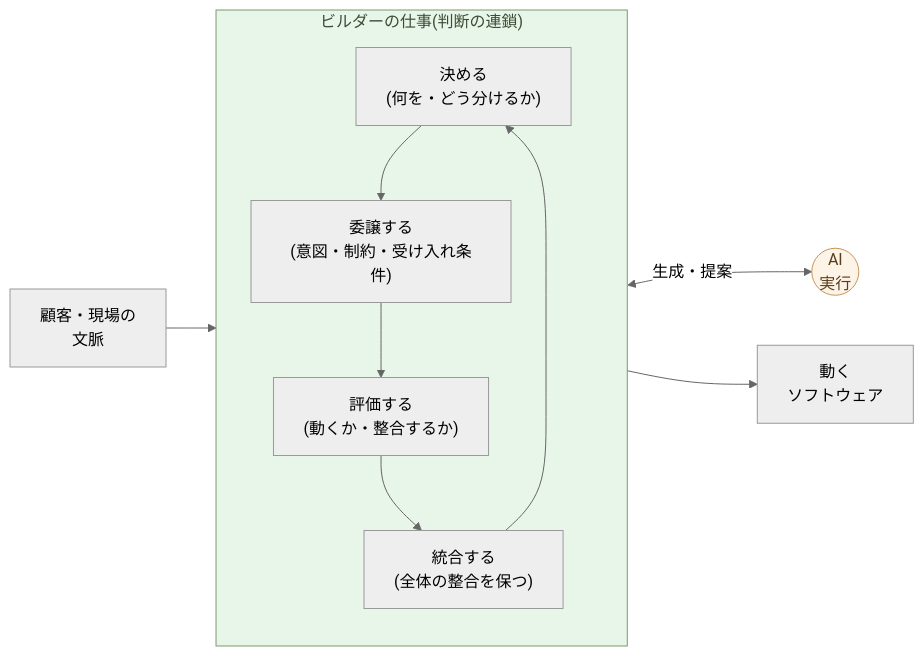
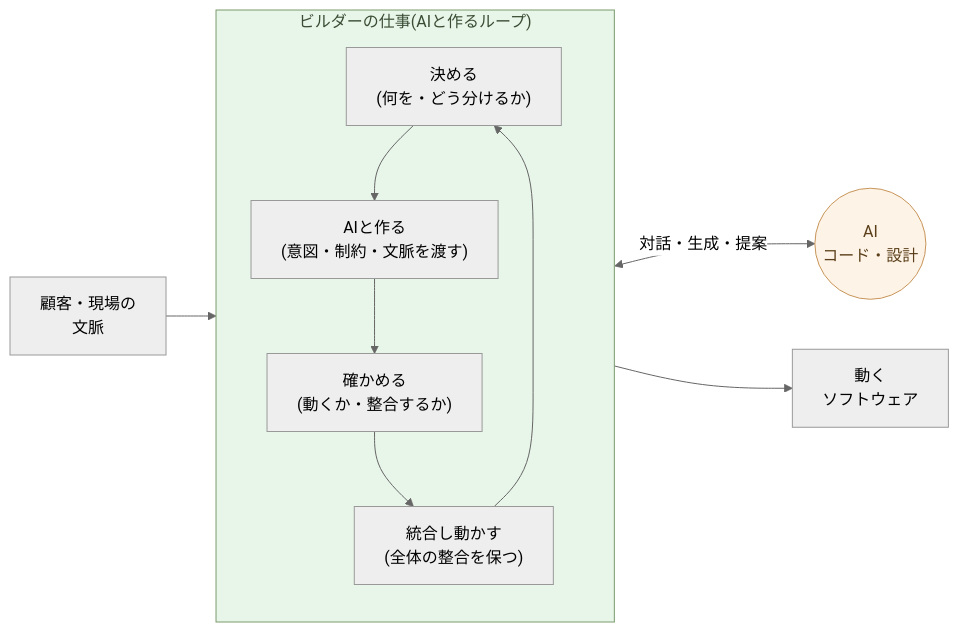
One commit to aiseed-dev/website changed the diagram in articles/ai-native-ways/software/04-builder/ja.md. Above: the diagram before and after it, drawn with Mermaid (neutral theme). The commit also changed other lines of this file and 4 other files, not shown here.

````diff
--- a/articles/ai-native-ways/software/04-builder/ja.md
+++ b/articles/ai-native-ways/software/04-builder/ja.md
@@ -51,25 +52,25 @@
 ```mermaid
 flowchart LR
   Ctx["顧客・現場の<br/>文脈"]
 
-  subgraph Builder["ビルダーの仕事(判断の連鎖)"]
+  subgraph Builder["ビルダーの仕事(AIと作るループ)"]
     direction TB
     D["決める<br/>(何を・どう分けるか)"]
-    Hand["委譲する<br/>(意図・制約・受け入れ条件)"]
-    Eval["評価する<br/>(動くか・整合するか)"]
-    Int["統合する<br/>(全体の整合を保つ)"]
+    Hand["AIと作る<br/>(意図・制約・文脈を渡す)"]
+    Eval["確かめる<br/>(動くか・整合するか)"]
+    Int["統合し動かす<br/>(全体の整合を保つ)"]
     D --> Hand --> Eval --> Int --> D
   end
 
-  AI(("AI<br/>実行"))
+  AI(("AI<br/>コード・設計"))
   Out["動く<br/>ソフトウェア"]
 
   Ctx --> D
-  Hand <-->|生成・提案| AI
+  Hand <-->|対話・生成・提案| AI
   Int --> Out
 
   classDef good fill:#e8f5e9,stroke:#7a9a6d,color:#3a4d34
   classDef ai fill:#fef3e7,stroke:#c89559,color:#5a3f1a
   class Builder good
   class AI ai
 ```
````
